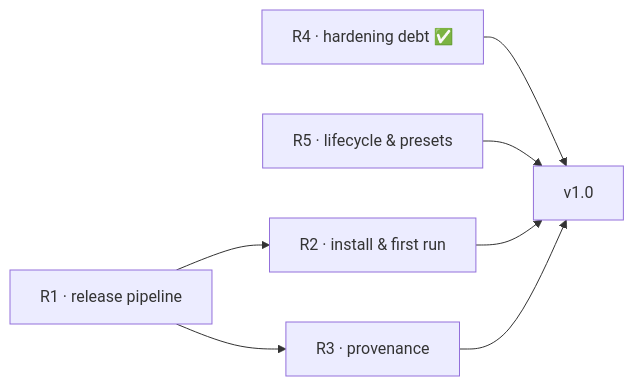
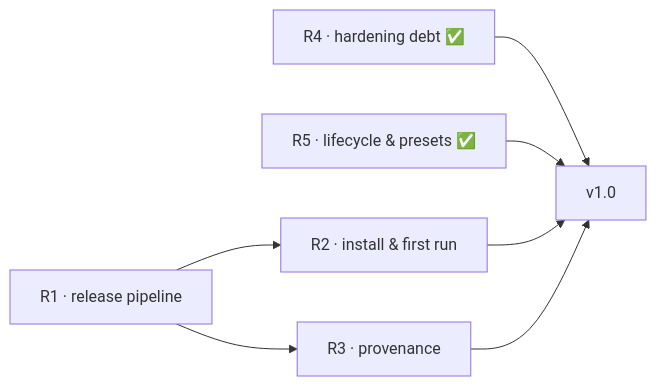
The diagram in ROADMAP.md (chrisdruta/vibe-tui-box), drawn with Mermaid before and after one commit. The commit also changed other lines of this file and 49 other files, not shown here.

First line of the commit message:
engine: payload lifecycle, services session, presets, vibe logs (roadmap R5)

````diff
--- a/ROADMAP.md
+++ b/ROADMAP.md
@@ -27,9 +27,9 @@
 ```mermaid
 flowchart LR
     R1["R1 · release pipeline"] --> R2["R2 · install & first run"]
     R1 --> R3["R3 · provenance"]
     R4["R4 · hardening debt ✅"] --> G
-    R5["R5 · lifecycle & presets"] --> G
+    R5["R5 · lifecycle & presets ✅"] --> G
     R2 --> G["v1.0"]
     R3 --> G
 ```
````
